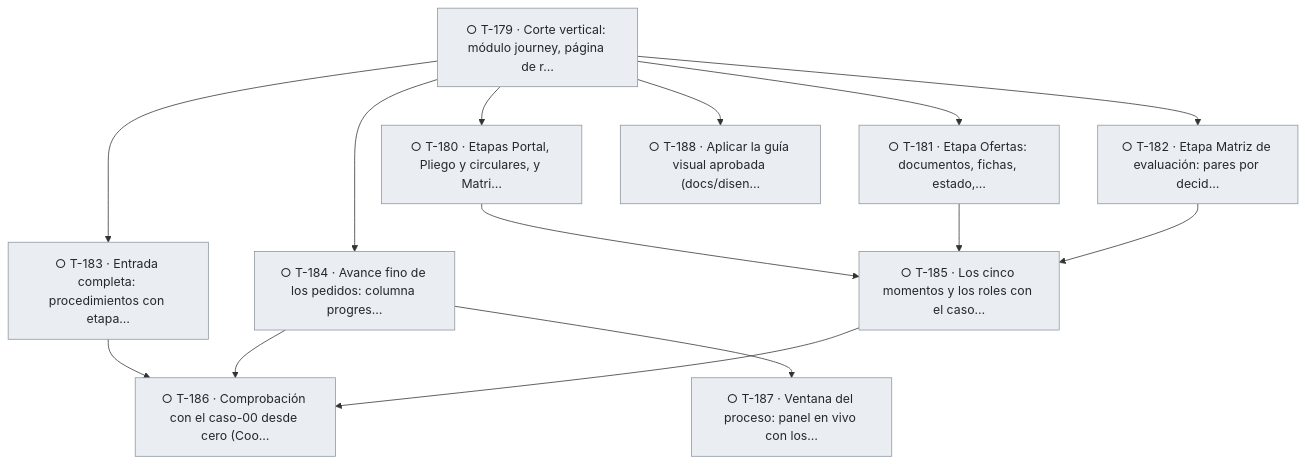
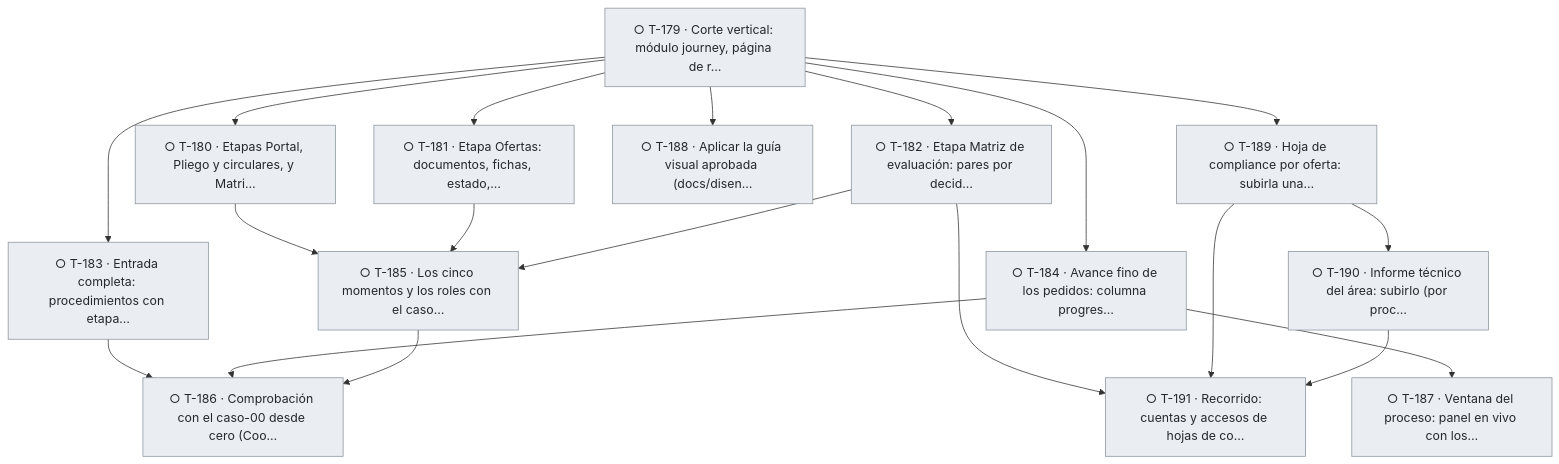
Diagram 13 of 13 in docs/tablero.md (snavello/EVALUON), drawn with Mermaid before and after one commit. The commit also changed other lines of this file and 2 other files, not shown here.

Commit message:
gestión: enmienda 013 con hoja de compliance por oferta e informe técnico (REQ-073, REQ-074; T-189 a T-191)

````diff
--- a/docs/tablero.md
+++ b/docs/tablero.md
@@ -979,31 +982,39 @@
 ```mermaid
 flowchart TD
   T179["○ T-179 · Corte vertical: módulo journey, página de r…"]:::todo
   T180["○ T-180 · Etapas Portal, Pliego y circulares, y Matri…"]:::todo
   T181["○ T-181 · Etapa Ofertas: documentos, fichas, estado,…"]:::todo
   T182["○ T-182 · Etapa Matriz de evaluación: pares por decid…"]:::todo
   T183["○ T-183 · Entrada completa: procedimientos con etapa…"]:::todo
   T184["○ T-184 · Avance fino de los pedidos: columna progres…"]:::todo
   T187["○ T-187 · Ventana del proceso: panel en vivo con los…"]:::todo
   T188["○ T-188 · Aplicar la guía visual aprobada (docs/disen…"]:::todo
+  T189["○ T-189 · Hoja de compliance por oferta: subirla una…"]:::todo
+  T190["○ T-190 · Informe técnico del área: subirlo (por proc…"]:::todo
+  T191["○ T-191 · Recorrido: cuentas y accesos de hojas de co…"]:::todo
   T185["○ T-185 · Los cinco momentos y los roles con el caso…"]:::todo
   T186["○ T-186 · Comprobación con el caso-00 desde cero (Coo…"]:::todo
   T179 --> T180
   T179 --> T181
   T179 --> T182
   T179 --> T183
   T179 --> T184
   T184 --> T187
   T179 --> T188
+  T179 --> T189
+  T189 --> T190
+  T182 --> T191
+  T189 --> T191
+  T190 --> T191
   T180 --> T185
   T181 --> T185
   T182 --> T185
   T183 --> T186
   T184 --> T186
   T185 --> T186
   classDef done fill:#1a7f37,stroke:#116329,color:#ffffff
   classDef review fill:#0969da,stroke:#0550ae,color:#ffffff
   classDef active fill:#bf8700,stroke:#7d4e00,color:#ffffff
   classDef blocked fill:#cf222e,stroke:#a40e26,color:#ffffff
   classDef todo fill:#eaeef2,stroke:#8c959f,color:#24292f
 ```
````
